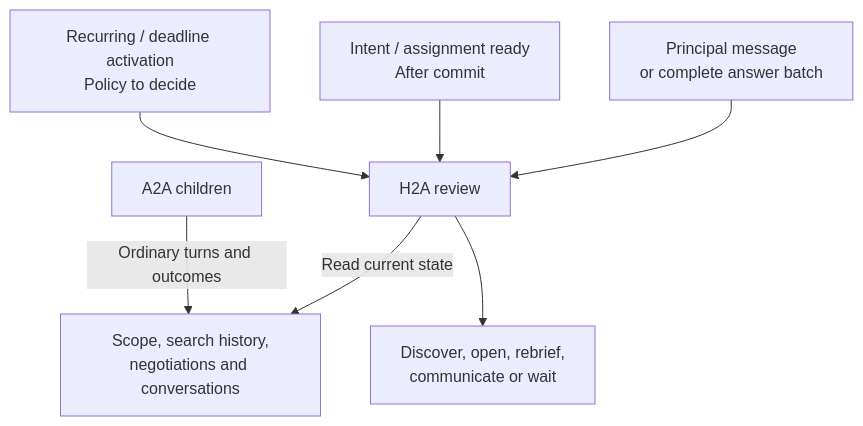
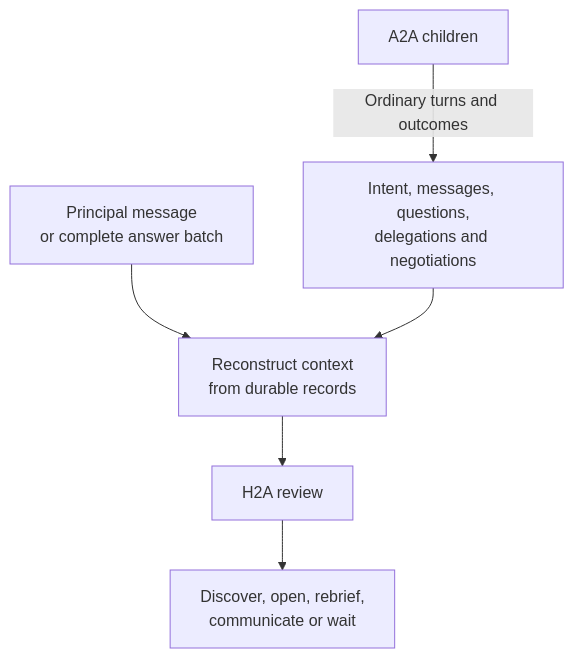
The diagram in docs/agent-enhancement/wake-patterns.md (indexnetwork/index), drawn with Mermaid before and after one commit. The commit also changed other lines of this file and 9 other files, not shown here.

Commit message:
docs(agent): reconstruct runtime context from durable records

````diff
--- a/docs/agent-enhancement/wake-patterns.md
+++ b/docs/agent-enhancement/wake-patterns.md
@@ -11,9 +10,8 @@
 ```mermaid
 flowchart TD
-    P["Principal message<br/>or complete answer batch"] --> H["H2A review"]
-    I["Intent / assignment ready<br/>After commit"] --> H
-    W["Recurring / deadline activation<br/>Policy to decide"] --> H
-    H -->|"Read current state"| S["Scope, search history,<br/>negotiations and conversations"]
+    P["Principal message<br/>or complete answer batch"] --> R["Reconstruct context<br/>from durable records"]
+    S["Intent, messages, questions,<br/>delegations and negotiations"] --> R
+    R --> H["H2A review"]
     A["A2A children"] -->|"Ordinary turns and outcomes"| S
     H --> D["Discover, open, rebrief,<br/>communicate or wait"]
 ```
````
